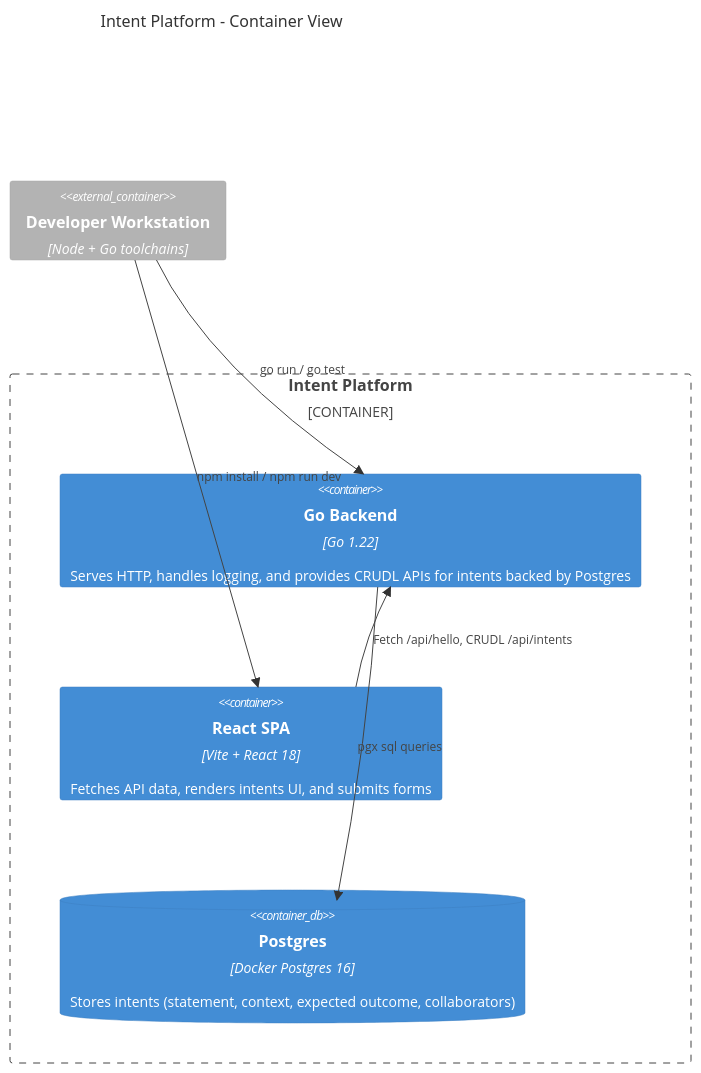
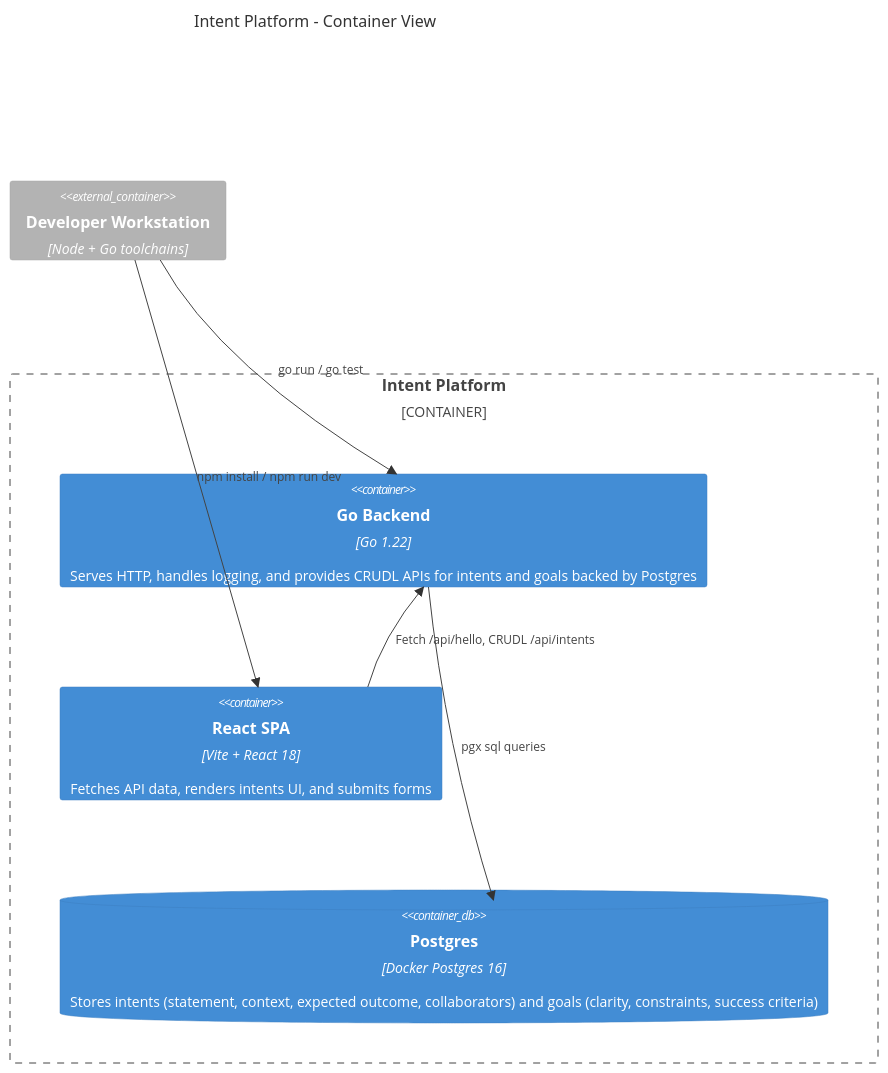
One commit to aotearoa-david/intent changed the second of 2 diagrams in README.md. Above: the diagram before and after it, drawn with Mermaid. The commit also changed other lines of this file and 9 other files, not shown here.

````diff
--- a/README.md
+++ b/README.md
@@ -131,15 +148,15 @@
 ```mermaid
 C4Container
     title Intent Platform - Container View
     Container_Boundary(c1, "Intent Platform") {
-        Container(api, "Go Backend", "Go 1.22", "Serves HTTP, handles logging, and provides CRUDL APIs for intents backed by Postgres")
+        Container(api, "Go Backend", "Go 1.22", "Serves HTTP, handles logging, and provides CRUDL APIs for intents and goals backed by Postgres")
         Container(frontend, "React SPA", "Vite + React 18", "Fetches API data, renders intents UI, and submits forms")
-        ContainerDb(db, "Postgres", "Docker Postgres 16", "Stores intents (statement, context, expected outcome, collaborators)")
+        ContainerDb(db, "Postgres", "Docker Postgres 16", "Stores intents (statement, context, expected outcome, collaborators) and goals (clarity, constraints, success criteria)")
     }
     Container_Ext(dev, "Developer Workstation", "Node + Go toolchains")
 
     Rel(dev, frontend, "npm install / npm run dev")
     Rel(dev, api, "go run / go test")
     Rel(frontend, api, "Fetch /api/hello, CRUDL /api/intents")
     Rel(api, db, "pgx sql queries")
 ```
````
